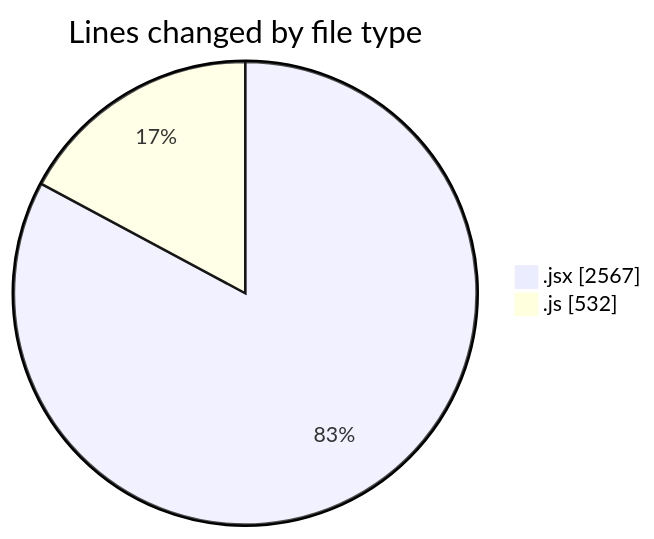
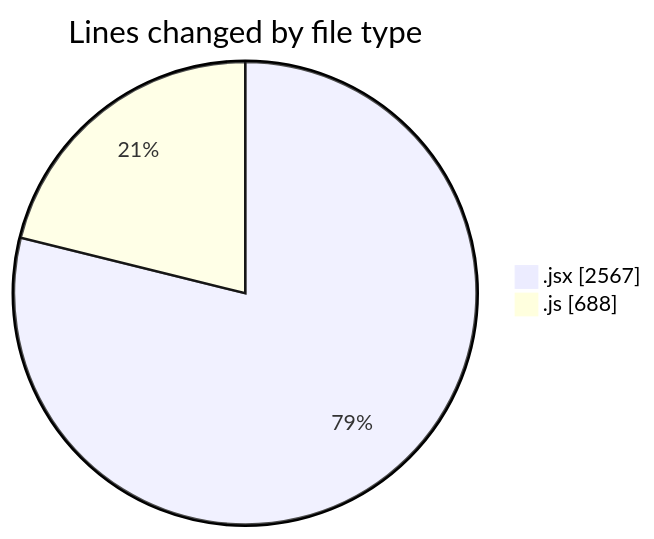
One commit to nxtqubesakshisongat/code-tracking changed the first of 2 diagrams in 2025-07-11/argos/README.md. Above: the diagram before and after it, drawn with Mermaid. The commit also changed other lines of this file and 1 other file, not shown here.

````diff
--- a/2025-07-11/argos/README.md
+++ b/2025-07-11/argos/README.md
@@ -24,6 +24,6 @@
 ```mermaid
 pie showData
 title Lines changed by file type
 ".jsx" : 2567
-".js" : 532
+".js" : 688
 ```
````
